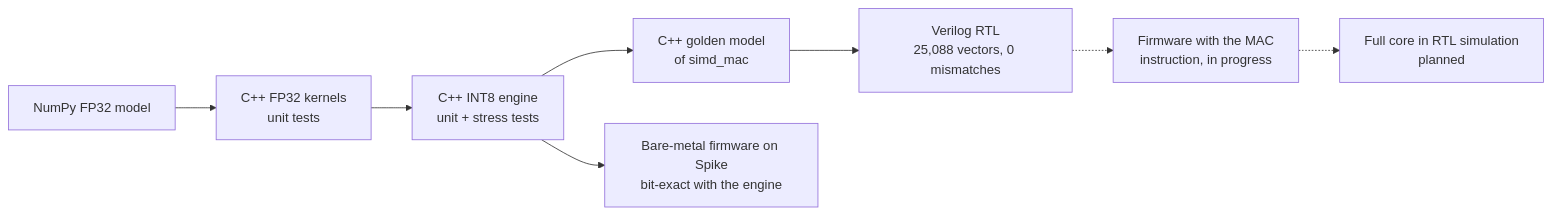
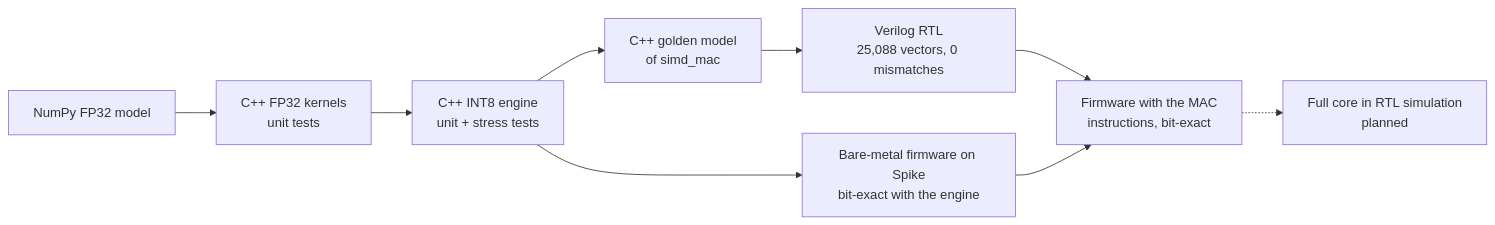
Before and after one commit to sajedulislam5840/riscv-edge-ai: the fourth of 5 diagrams in README.md, drawn with Mermaid. The commit also changed other lines of this file and 5 other files, not shown here.

````diff
--- a/README.md
+++ b/README.md
@@ -201,10 +209,11 @@
 ```mermaid
 flowchart LR
     P["NumPy FP32 model"] --> C["C++ FP32 kernels<br/>unit tests"]
     C --> Q["C++ INT8 engine<br/>unit + stress tests"]
     Q --> G["C++ golden model<br/>of simd_mac"]
     G --> R["Verilog RTL<br/>25,088 vectors, 0 mismatches"]
     Q --> F2["Bare-metal firmware on Spike<br/>bit-exact with the engine"]
-    R -.-> S["Firmware with the MAC<br/>instruction, in progress"]
+    R --> S["Firmware with the MAC<br/>instructions, bit-exact"]
+    F2 --> S
     S -.-> K["Full core in RTL simulation<br/>planned"]
 ```
````
